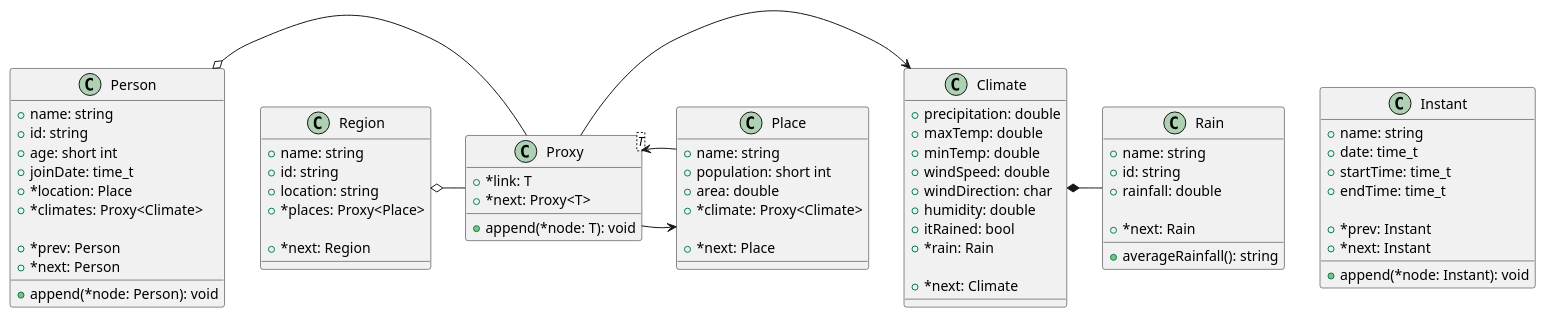
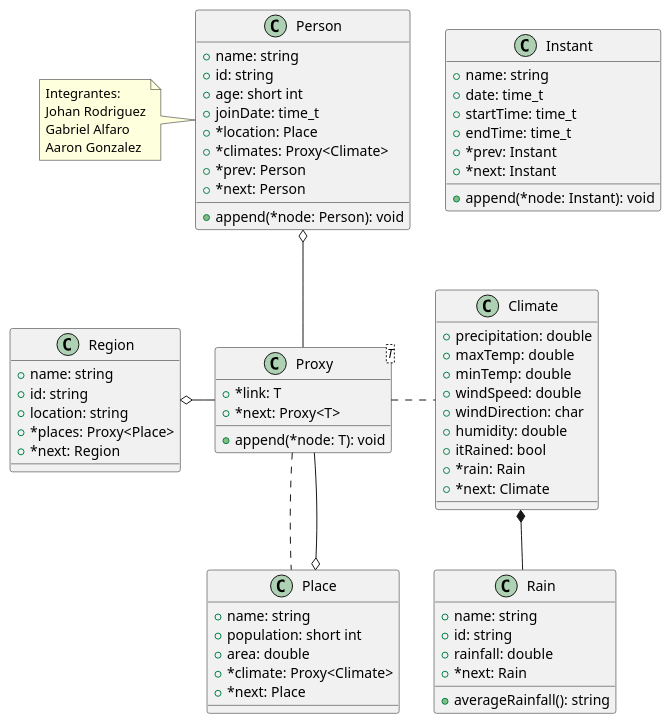
The diagram in Diagram/project-diagram.puml (Johanx22x/DS-Project), drawn with PlantUML before and after one commit. The commit also changed 16 other files, not shown here.

```diff
--- a/Diagram/project-diagram.puml
+++ b/Diagram/project-diagram.puml
@@ -1,83 +1,85 @@
 @startuml Prueba
+
 class Person {
     + name: string
     + id: string
     + age: short int
     + joinDate: time_t
     + *location: Place
     + *climates: Proxy<Climate>
-
     + *prev: Person
     + *next: Person
 
     + append(*node: Person): void
 }
 
 class Proxy<T> {
     + *link: T
     + *next: Proxy<T>
 
     + append(*node: T): void
 }
 
 class Climate {
     + precipitation: double
     + maxTemp: double
     + minTemp: double
     + windSpeed: double
     + windDirection: char
     + humidity: double
     + itRained: bool
     + *rain: Rain
-
     + *next: Climate
 }
 
 class Rain {
     + name: string
     + id: string
     + rainfall: double
-
     + *next: Rain
 
     + averageRainfall(): string
 }
 
 class Region {
     + name: string
     + id: string
     + location: string
     + *places: Proxy<Place>
-
     + *next: Region
 }
 
 class Place {
     + name: string
     + population: short int
     + area: double
     + *climate: Proxy<Climate>
-
     + *next: Place
 }
 
 class Instant {
     + name: string
     + date: time_t
     + startTime: time_t
     + endTime: time_t
-
     + *prev: Instant
     + *next: Instant
 
     + append(*node: Instant): void
 }
 
-Person o- Proxy
-Proxy -> Climate
-Climate *- Rain
-Region o- Proxy
-Proxy -> Place
-Place -> Proxy
+Person o-down- Proxy
+Proxy .right. Climate
+Climate *-down- Rain
+Region o-right- Proxy
+Proxy .down. Place
+Place o-up- Proxy
+
+note left of Person
+    Integrantes:
+    Johan Rodriguez
+    Gabriel Alfaro
+    Aaron Gonzalez
+endnote
 
 @enduml
```
